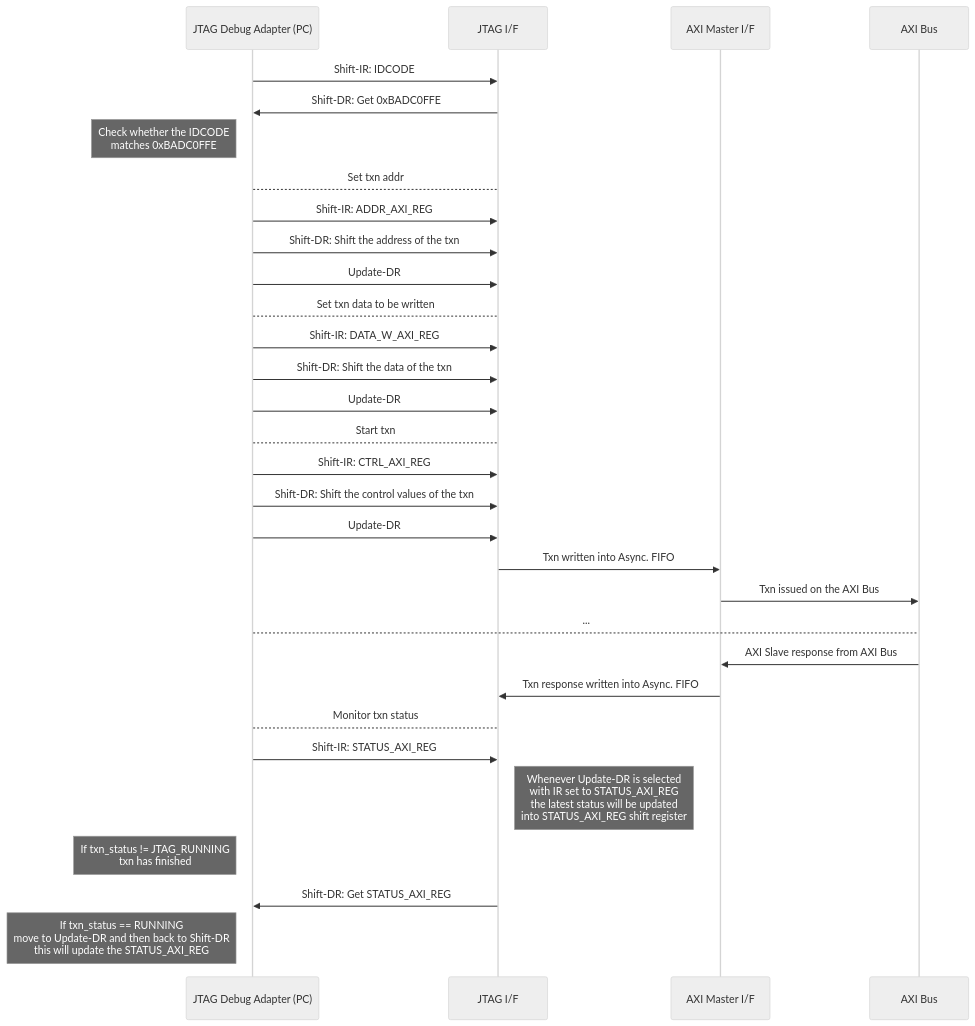
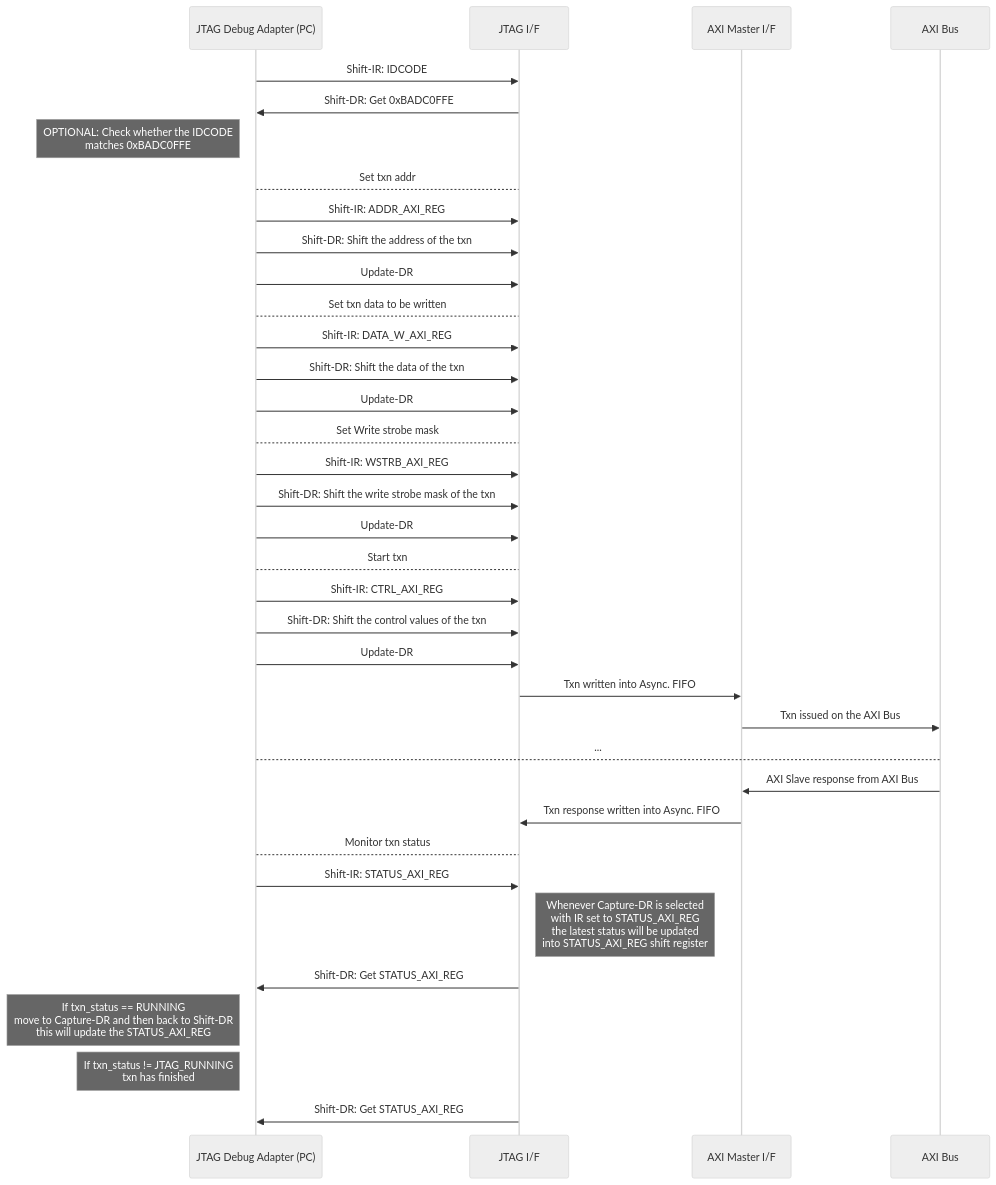
Before and after one commit to aignacio/jtag_axi: the first of 2 diagrams in README.md, drawn with Mermaid (neutral theme). The commit also changed other lines of this file and 1 other file, not shown here.

````diff
--- a/README.md
+++ b/README.md
@@ -70,32 +119,36 @@
 ```mermaid
 sequenceDiagram
 JTAG Debug Adapter (PC) ->> JTAG I/F: Shift-IR: IDCODE
 JTAG I/F ->> JTAG Debug Adapter (PC): Shift-DR: Get 0xBADC0FFE 
-Note left of JTAG Debug Adapter (PC): Check whether the IDCODE <br/> matches 0xBADC0FFE
+Note left of JTAG Debug Adapter (PC): OPTIONAL: Check whether the IDCODE <br/> matches 0xBADC0FFE
 JTAG Debug Adapter (PC) --> JTAG I/F: Set txn addr
 JTAG Debug Adapter (PC) ->> JTAG I/F: Shift-IR: ADDR_AXI_REG
 JTAG Debug Adapter (PC) ->> JTAG I/F: Shift-DR: Shift the address of the txn
 JTAG Debug Adapter (PC) ->> JTAG I/F: Update-DR
 JTAG Debug Adapter (PC) --> JTAG I/F: Set txn data to be written
 JTAG Debug Adapter (PC) ->> JTAG I/F: Shift-IR: DATA_W_AXI_REG
 JTAG Debug Adapter (PC) ->> JTAG I/F: Shift-DR: Shift the data of the txn
+JTAG Debug Adapter (PC) ->> JTAG I/F: Update-DR
+JTAG Debug Adapter (PC) --> JTAG I/F: Set Write strobe mask
+JTAG Debug Adapter (PC) ->> JTAG I/F: Shift-IR: WSTRB_AXI_REG
+JTAG Debug Adapter (PC) ->> JTAG I/F: Shift-DR: Shift the write strobe mask of the txn
 JTAG Debug Adapter (PC) ->> JTAG I/F: Update-DR
 JTAG Debug Adapter (PC) --> JTAG I/F: Start txn
 JTAG Debug Adapter (PC) ->> JTAG I/F: Shift-IR: CTRL_AXI_REG
 JTAG Debug Adapter (PC) ->> JTAG I/F: Shift-DR: Shift the control values of the txn
 JTAG Debug Adapter (PC) ->> JTAG I/F: Update-DR
 
 JTAG I/F ->> AXI Master I/F: Txn written into Async. FIFO
 AXI Master I/F ->> AXI Bus: Txn issued on the AXI Bus
 JTAG Debug Adapter (PC) --> AXI Bus: ...
 AXI Bus ->> AXI Master I/F: AXI Slave response from AXI Bus
 AXI Master I/F ->> JTAG I/F: Txn response written into Async. FIFO
 
 JTAG Debug Adapter (PC) --> JTAG I/F: Monitor txn status
 JTAG Debug Adapter (PC) ->> JTAG I/F: Shift-IR: STATUS_AXI_REG
-Note right of JTAG I/F: Whenever Update-DR is selected <br/> with IR set to STATUS_AXI_REG <br/> the latest status will be updated <br/> into STATUS_AXI_REG shift register
+Note right of JTAG I/F: Whenever Capture-DR is selected <br/> with IR set to STATUS_AXI_REG <br/> the latest status will be updated <br/> into STATUS_AXI_REG shift register
+JTAG I/F ->> JTAG Debug Adapter (PC): Shift-DR: Get STATUS_AXI_REG
+Note left of JTAG Debug Adapter (PC): If txn_status == RUNNING <br/> move to Capture-DR and then back to Shift-DR <br/> this will update the STATUS_AXI_REG
 Note left of JTAG Debug Adapter (PC): If txn_status != JTAG_RUNNING <br/> txn has finished
 JTAG I/F ->> JTAG Debug Adapter (PC): Shift-DR: Get STATUS_AXI_REG
-
-Note left of JTAG Debug Adapter (PC): If txn_status == RUNNING <br/> move to Update-DR and then back to Shift-DR <br/> this will update the STATUS_AXI_REG
 ```
````
